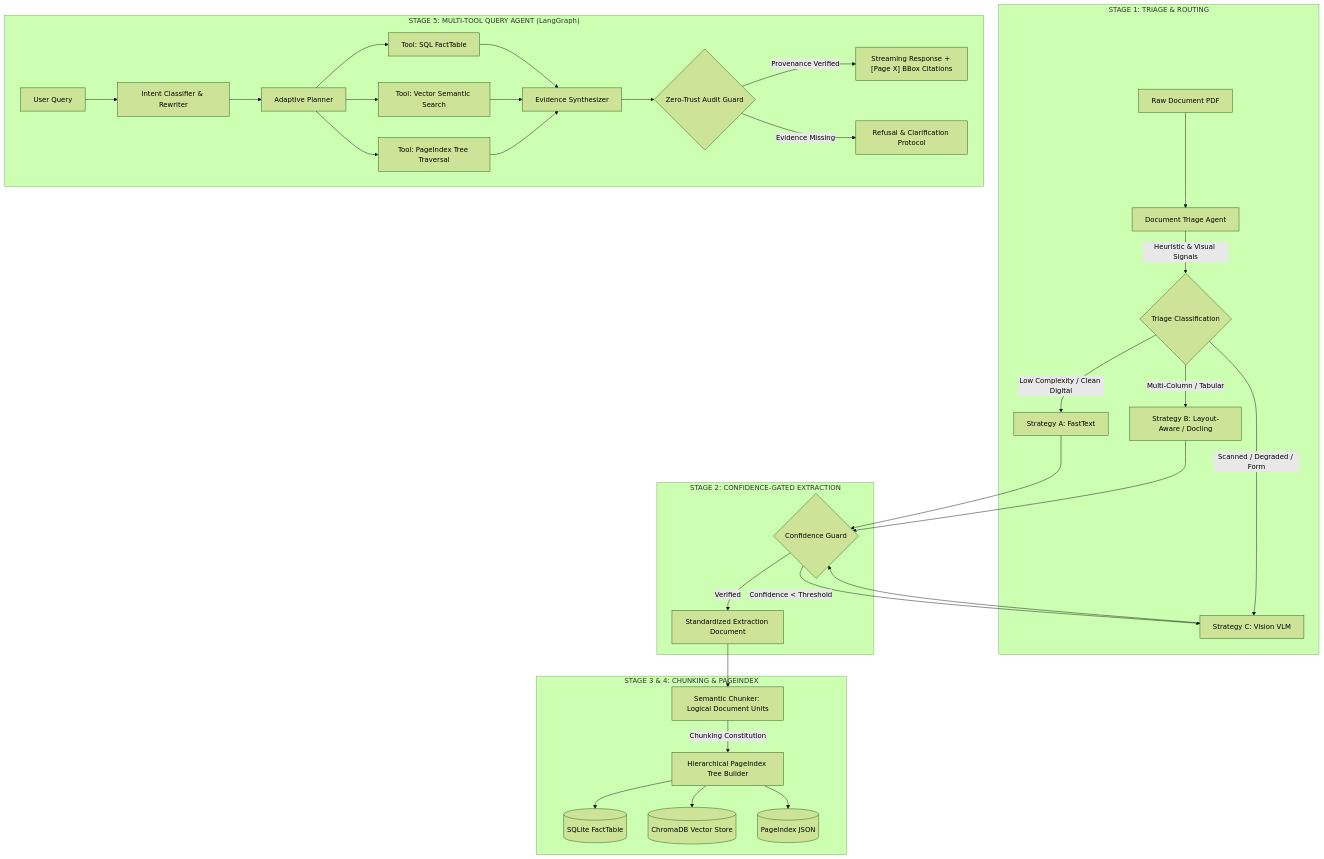
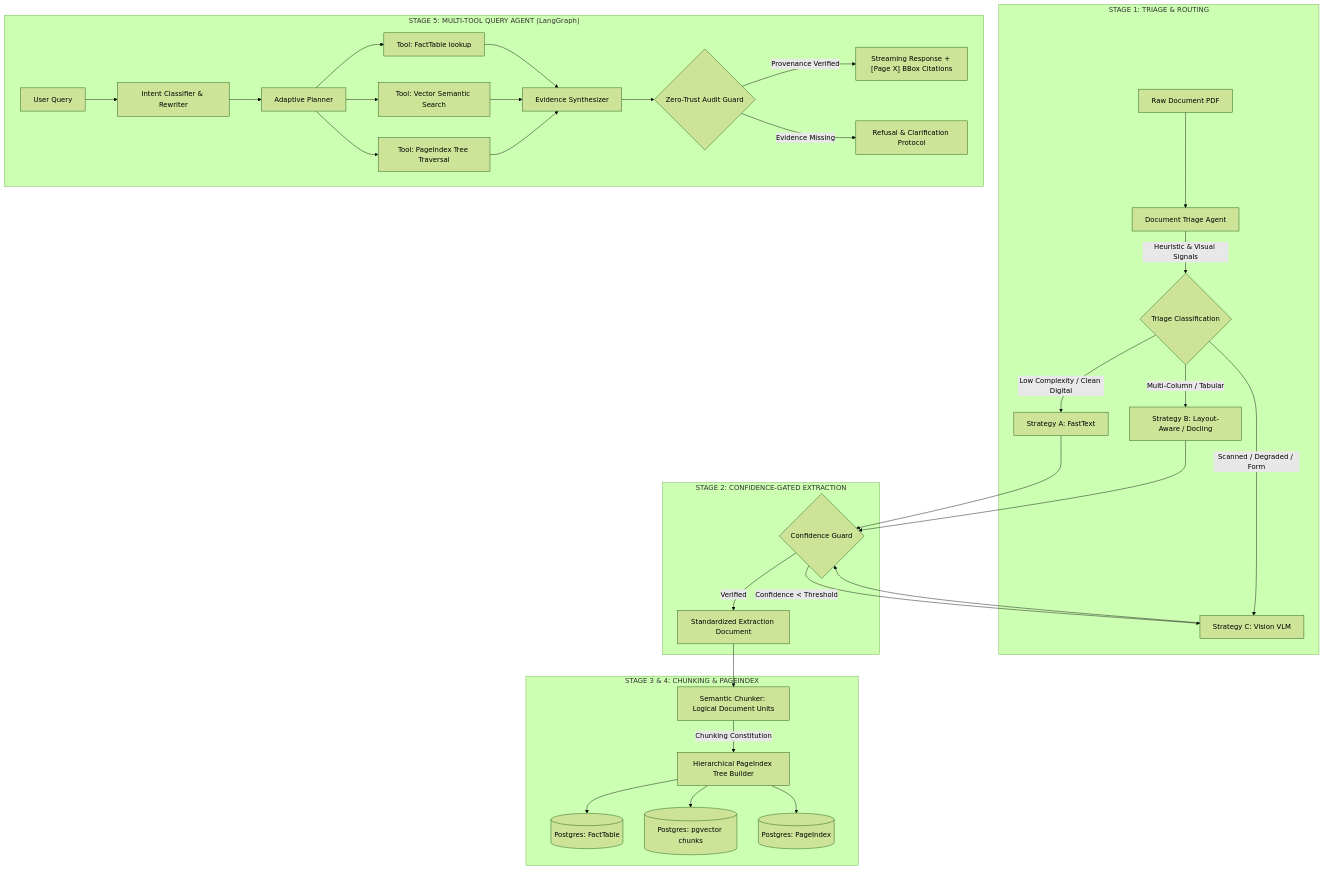
Before and after one commit to Heban-7/DocMind: the diagram in README.md, drawn with Mermaid (forest theme). The commit also changed other lines of this file and 67 other files, not shown here.

````diff
--- a/README.md
+++ b/README.md
@@ -71,38 +71,38 @@
 ```mermaid
 flowchart TD
     subgraph INGESTION ["STAGE 1: TRIAGE & ROUTING"]
         A[Raw Document PDF] --> B[Document Triage Agent]
         B -->|Heuristic & Visual Signals| C{Triage Classification}
         C -->|Low Complexity / Clean Digital| S1[Strategy A: FastText]
         C -->|Multi-Column / Tabular| S2[Strategy B: Layout-Aware / Docling]
         C -->|Scanned / Degraded / Form| S3[Strategy C: Vision VLM]
     end
 
     subgraph EXTRACTION ["STAGE 2: CONFIDENCE-GATED EXTRACTION"]
         S1 --> G{Confidence Guard}
         S2 --> G
         S3 --> G
         G -->|Confidence < Threshold| S3
         G -->|Verified| D[Standardized Extraction Document]
     end
 
     subgraph REFINERY ["STAGE 3 & 4: CHUNKING & PAGEINDEX"]
         D --> E[Semantic Chunker: Logical Document Units]
         E -->|Chunking Constitution| F[Hierarchical PageIndex Tree Builder]
-        F --> H1[(SQLite FactTable)]
-        F --> H2[(ChromaDB Vector Store)]
-        F --> H3[(PageIndex JSON)]
+        F --> H1[(Postgres: FactTable)]
+        F --> H2[(Postgres: pgvector chunks)]
+        F --> H3[(Postgres: PageIndex)]
     end
 
     subgraph QUERY ["STAGE 5: MULTI-TOOL QUERY AGENT (LangGraph)"]
         Q[User Query] --> I[Intent Classifier & Rewriter]
         I --> J[Adaptive Planner]
-        J --> K1[Tool: SQL FactTable]
+        J --> K1[Tool: FactTable lookup]
         J --> K2[Tool: Vector Semantic Search]
         J --> K3[Tool: PageIndex Tree Traversal]
         K1 & K2 & K3 --> L[Evidence Synthesizer]
         L --> M{Zero-Trust Audit Guard}
         M -->|Provenance Verified| N["Streaming Response + [Page X] BBox Citations"]
         M -->|Evidence Missing| O[Refusal & Clarification Protocol]
     end
 ```
````
